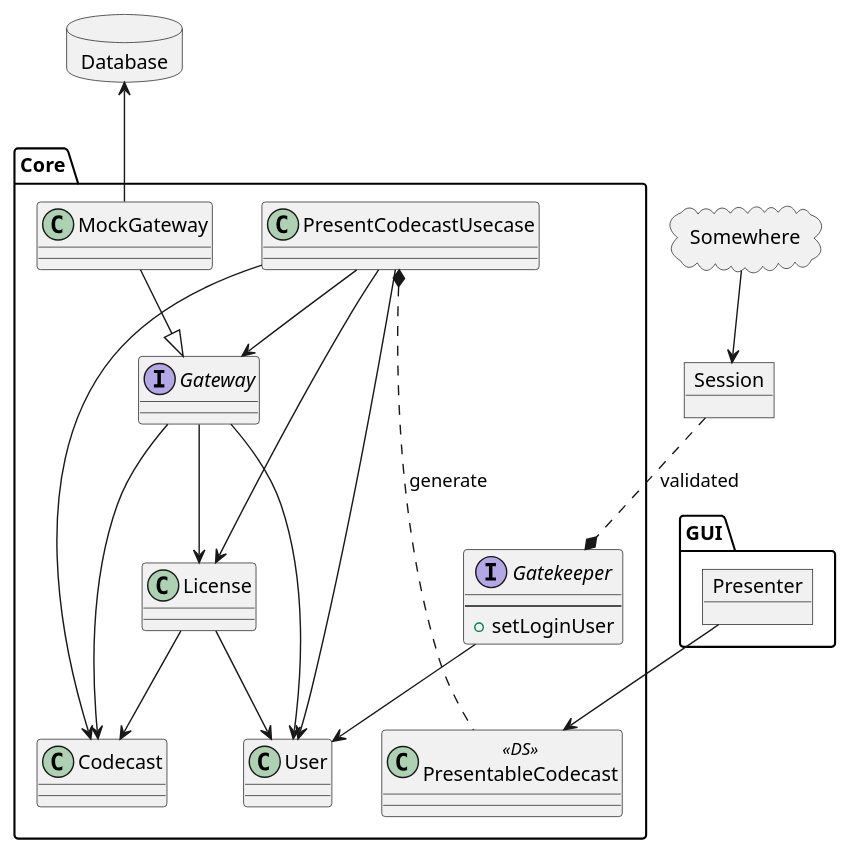
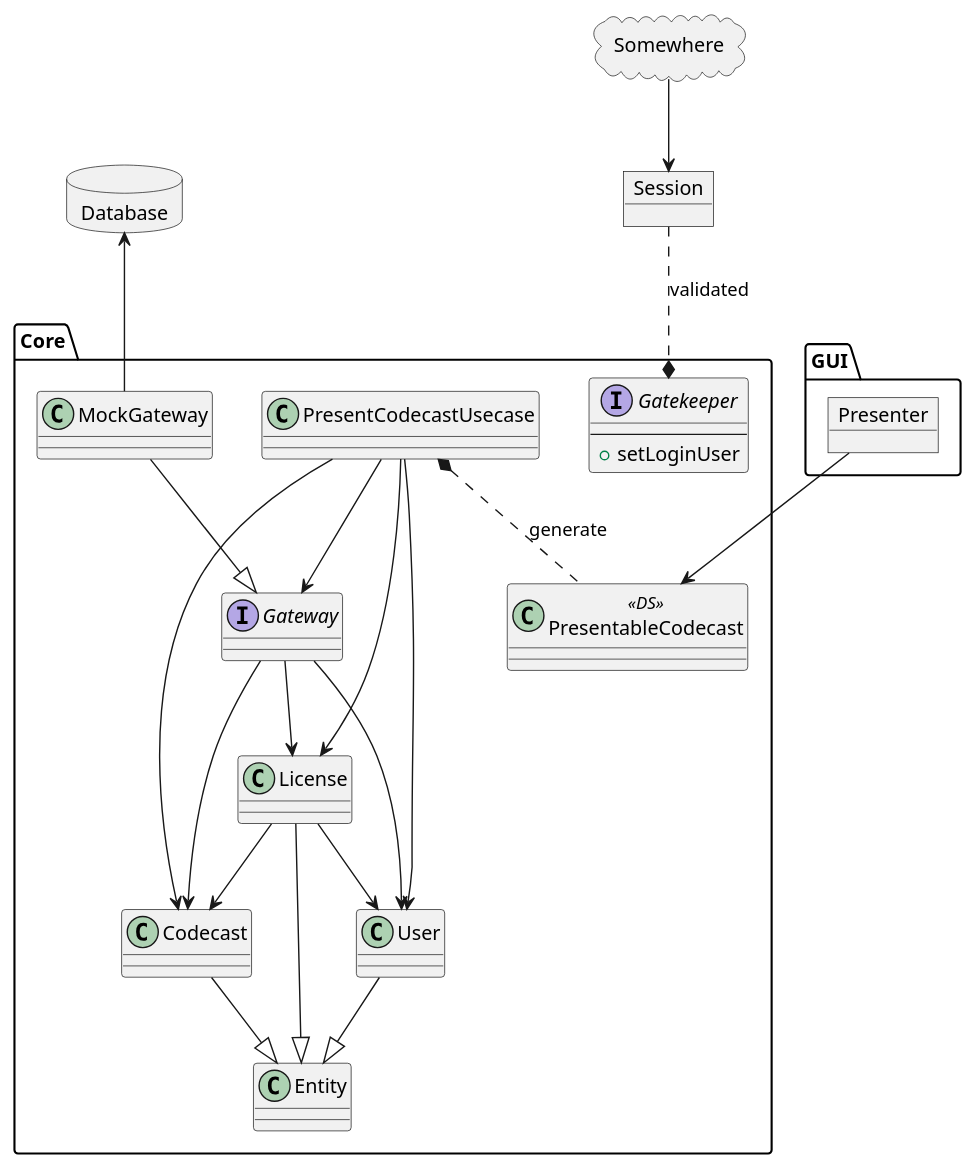
Before and after one commit to sundaycrafts/study-cleancoders-java-case-study: the diagram in _docs/schema.puml, drawn with PlantUML. The commit also changed 1 other file, not shown here.

Commit message:
documents(schema): update schema

```diff
--- a/_docs/schema.puml
+++ b/_docs/schema.puml
@@ -1,43 +1,46 @@
 @startuml
 allow_mixing
 database Database
 
 package Core {
+  class Entity
   class User
   class Codecast
   class License
   interface Gateway
   class MockGateway
   class PresentableCodecast <<DS>>
   class PresentCodecastUsecase
   interface Gatekeeper {
     ---
     + setLoginUser
   }
 }
 
 Database <-- MockGateway
-Gatekeeper --> User
 PresentCodecastUsecase --> Codecast
 PresentCodecastUsecase --> License
 PresentCodecastUsecase --> Gateway
 PresentCodecastUsecase --> User
 Gateway --> Codecast
 Gateway --> License
 Gateway --> User
 License --> Codecast
 License --> User
 MockGateway --|> Gateway
+User --|> Entity
+License --|> Entity
+Codecast --|> Entity
 
 package GUI {
   object Presenter
 }
 
 Presenter --> PresentableCodecast
-PresentCodecastUsecase *.... PresentableCodecast : generate
+PresentCodecastUsecase *.. PresentableCodecast : generate
 
 object Session
 cloud Somewhere
 Somewhere --> Session
 Session ..* Gatekeeper : validated
 @enduml
```
